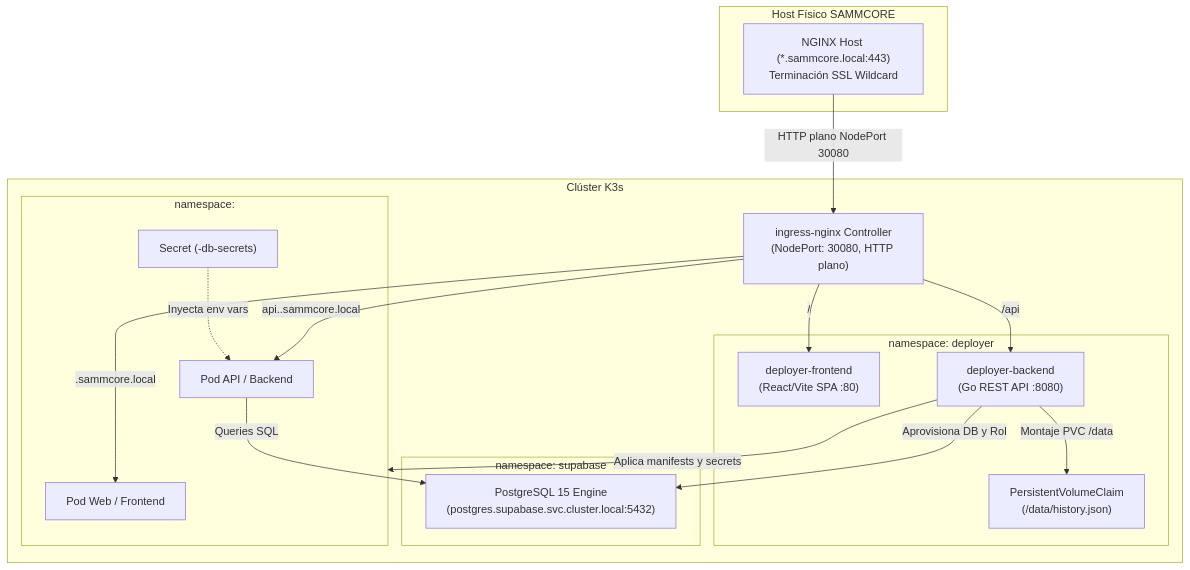
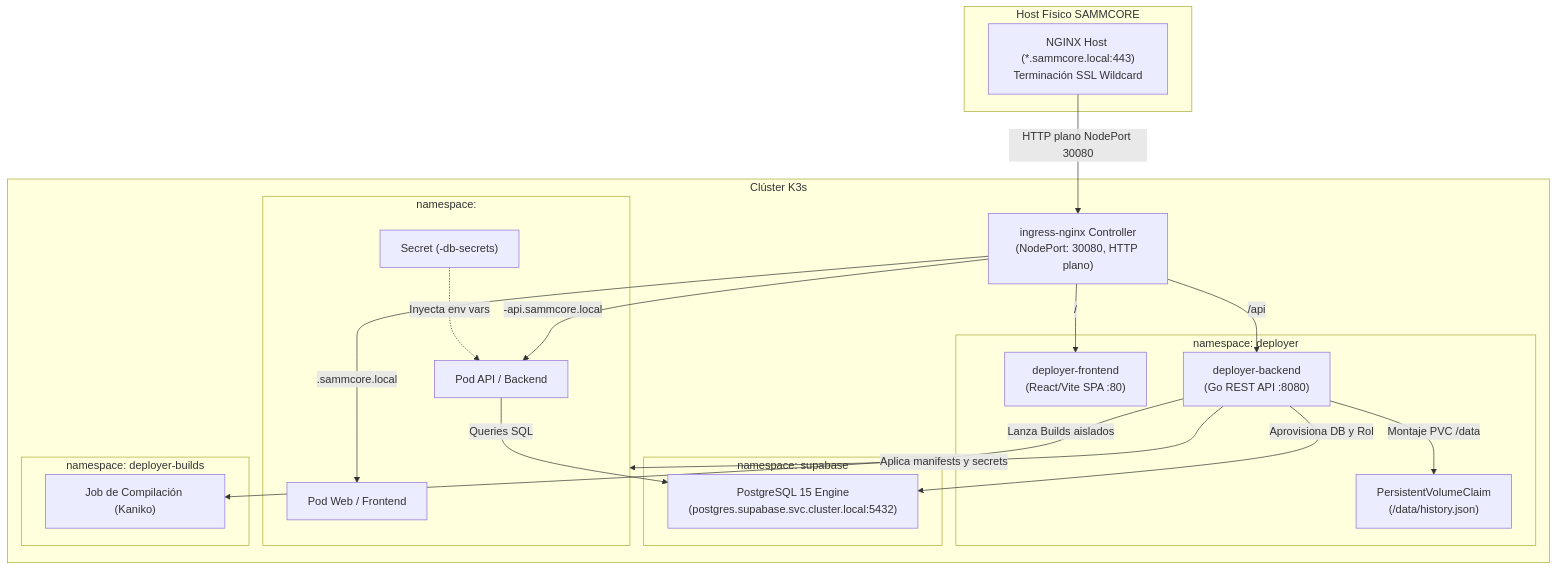
Before and after one commit to a81Biz/sammcore-deployer: the diagram in docs/02-tecnico.md, drawn with Mermaid. The commit also changed other lines of this file and 17 other files, not shown here.

````diff
--- a/docs/02-tecnico.md
+++ b/docs/02-tecnico.md
@@ -7,38 +7,43 @@
 ```mermaid
 flowchart TD
     subgraph Host["Host Físico SAMMCORE"]
         HostNGINX["NGINX Host (*.sammcore.local:443)\nTerminación SSL Wildcard"]
     end
 
     subgraph K3sCluster["Clúster K3s"]
         IngressController["ingress-nginx Controller\n(NodePort: 30080, HTTP plano)"]
 
         subgraph DeployerNS["namespace: deployer"]
             FrontendPod["deployer-frontend\n(React/Vite SPA :80)"]
             BackendPod["deployer-backend\n(Go REST API :8080)"]
             PVCData["PersistentVolumeClaim\n(/data/history.json)"]
         end
 
         subgraph SupabaseNS["namespace: supabase"]
             PostgresEngine["PostgreSQL 15 Engine\n(postgres.supabase.svc.cluster.local:5432)"]
         end
 
         subgraph ProjectNS["namespace: <proyecto>"]
             WebPod["Pod Web / Frontend"]
             APIPod["Pod API / Backend"]
             DBSecret["Secret (<proyecto>-db-secrets)"]
         end
+
+        subgraph BuildsNS["namespace: deployer-builds"]
+            KanikoJob["Job de Compilación (Kaniko)"]
+        end
     end
 
     HostNGINX -->|HTTP plano NodePort 30080| IngressController
     IngressController -->|/api| BackendPod
     IngressController -->|/| FrontendPod
     IngressController -->|<proyecto>.sammcore.local| WebPod
-    IngressController -->|api.<proyecto>.sammcore.local| APIPod
+    IngressController -->|<proyecto>-api.sammcore.local| APIPod
 
     BackendPod -->|Montaje PVC /data| PVCData
     BackendPod -->|Aprovisiona DB y Rol| PostgresEngine
+    BackendPod -->|Lanza Builds aislados| KanikoJob
     BackendPod -->|Aplica manifests y secrets| ProjectNS
     DBSecret -.->|Inyecta env vars| APIPod
     APIPod -->|Queries SQL| PostgresEngine
 ```
````
